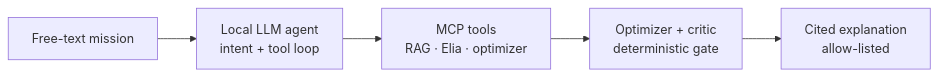
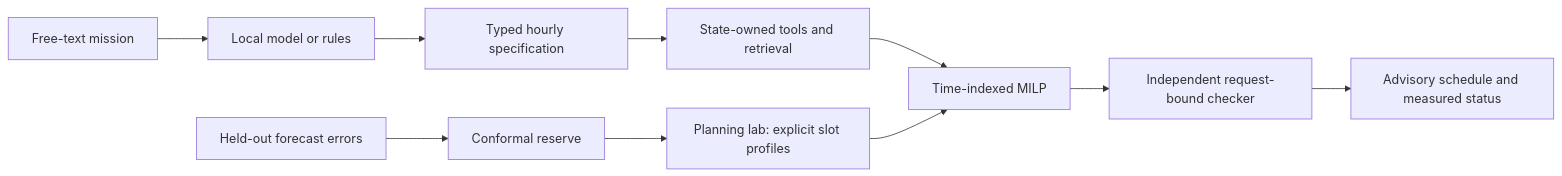
One commit to MahmoudAsadi97/FlexiGrid_AI changed the diagram in README.md. Above: the diagram before and after it, drawn with Mermaid. The commit also changed other lines of this file and 30 other files, not shown here.

First line of the commit message:
Upgrade constrained energy planning with MILP, calibrated reserves and independent validation

````diff
--- a/README.md
+++ b/README.md
@@ -15,7 +34,12 @@
 ```mermaid
 flowchart LR
-    A[Free-text mission] --> B[Local LLM agent\nintent + tool loop]
-    B --> C[MCP tools\nRAG · Elia · optimizer]
-    C --> D[Optimizer + critic\ndeterministic gate]
-    D --> E[Cited explanation\nallow-listed]
+    A[Free-text mission] --> B[Local model or rules]
+    B --> C[Typed hourly specification]
+    C --> D[State-owned tools and retrieval]
+    D --> E[Time-indexed MILP]
+    J[Planning lab: explicit slot profiles] --> E
+    K[Held-out forecast errors] --> L[Conformal reserve]
+    L --> J
+    E --> F[Independent request-bound checker]
+    F --> G[Advisory schedule and measured status]
 ```
````
